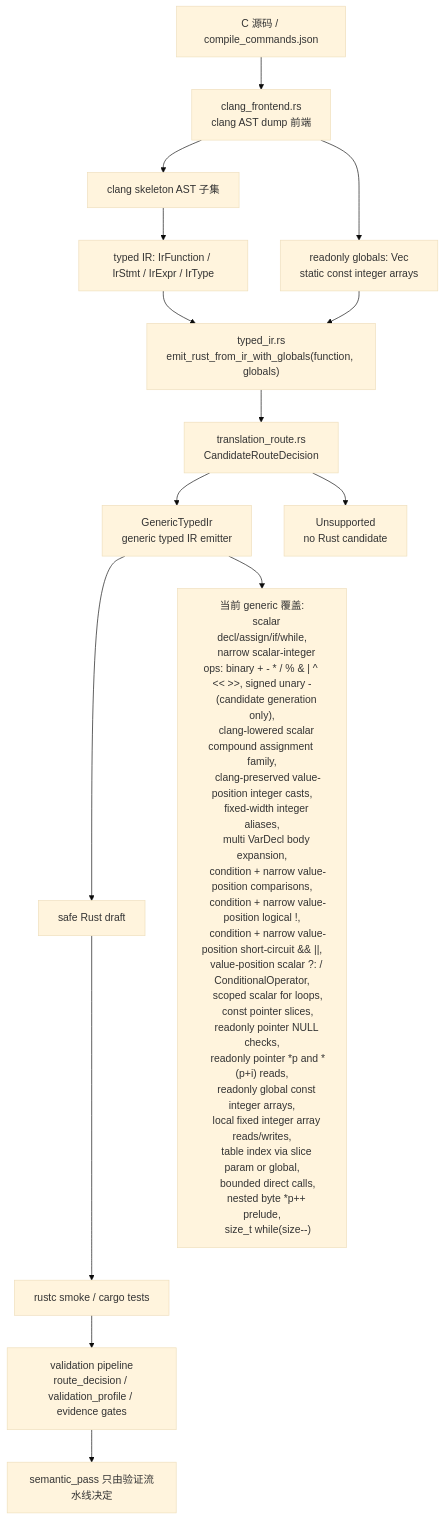
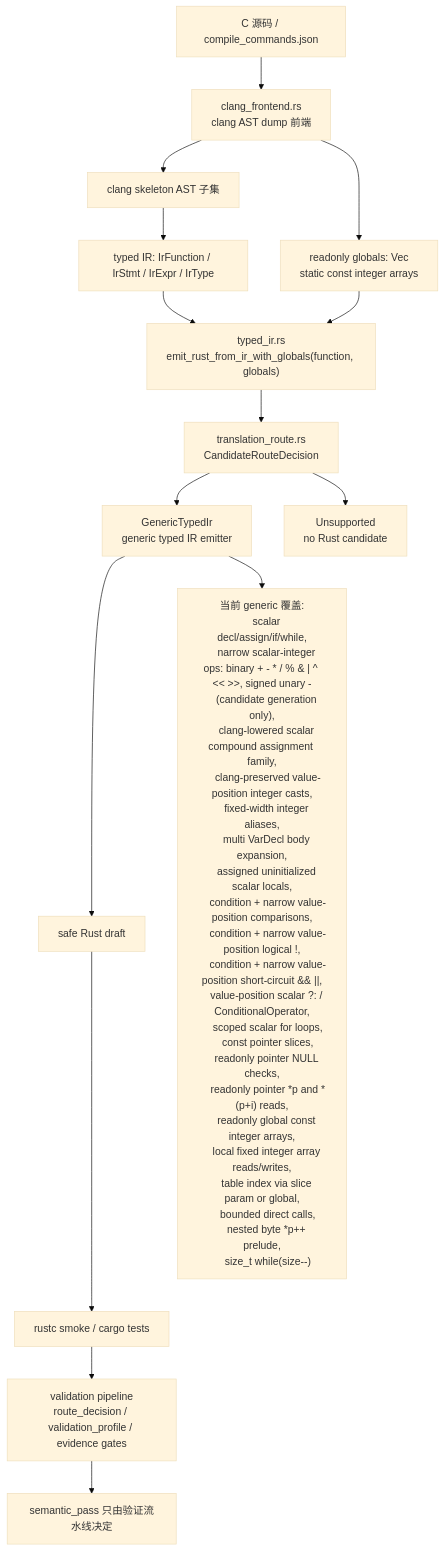
Before and after one commit to guoqihan342-svg/c-to-rust: the diagram in docs/c2rust-migration-agent/core-translation-architecture.md, drawn with Mermaid (base theme). The commit also changed other lines of this file and 9 other files, not shown here.

Commit message:
Support assigned uninitialized local declarations

````diff
--- a/docs/c2rust-migration-agent/core-translation-architecture.md
+++ b/docs/c2rust-migration-agent/core-translation-architecture.md
@@ -7,39 +7,40 @@
 ```mermaid
 flowchart TD
     C["C 源码 / compile_commands.json"] --> Clang["clang_frontend.rs<br/>clang AST dump 前端"]
     Clang --> Skeleton["clang skeleton AST 子集"]
     Skeleton --> IR["typed IR: IrFunction / IrStmt / IrExpr / IrType"]
     Clang --> Globals["readonly globals: Vec<IrGlobal><br/>static const integer arrays"]
     IR --> EmitCtx["typed_ir.rs<br/>emit_rust_from_ir_with_globals(function, globals)"]
     Globals --> EmitCtx
     EmitCtx --> RouteMeta["translation_route.rs<br/>CandidateRouteDecision"]
     RouteMeta --> Generic["GenericTypedIr<br/>generic typed IR emitter"]
     RouteMeta --> Unsupported["Unsupported<br/>no Rust candidate"]
     Generic --> Rust["safe Rust draft"]
     Rust --> Rustc["rustc smoke / cargo tests"]
     Rustc --> Validation["validation pipeline<br/>route_decision / validation_profile / evidence gates"]
 
     Generic --> Supported["当前 generic 覆盖:
     scalar decl/assign/if/while,
     narrow scalar-integer ops: binary + - * / % & | ^ << >>, signed unary -
     (candidate generation only),
     clang-lowered scalar compound assignment family,
     clang-preserved value-position integer casts,
     fixed-width integer aliases,
     multi VarDecl body expansion,
+    assigned uninitialized scalar locals,
     condition + narrow value-position comparisons,
     condition + narrow value-position logical !,
     condition + narrow value-position short-circuit && ||,
     value-position scalar ?: / ConditionalOperator,
     scoped scalar for loops,
     const pointer slices,
     readonly pointer NULL checks,
     readonly pointer *p and *(p+i) reads,
     readonly global const integer arrays,
     local fixed integer array reads/writes,
     table index via slice param or global,
     bounded direct calls,
     nested byte *p++ prelude,
     size_t while(size--)"]
     Validation --> Semantic["semantic_pass 只由验证流水线决定"]
 ```
````
